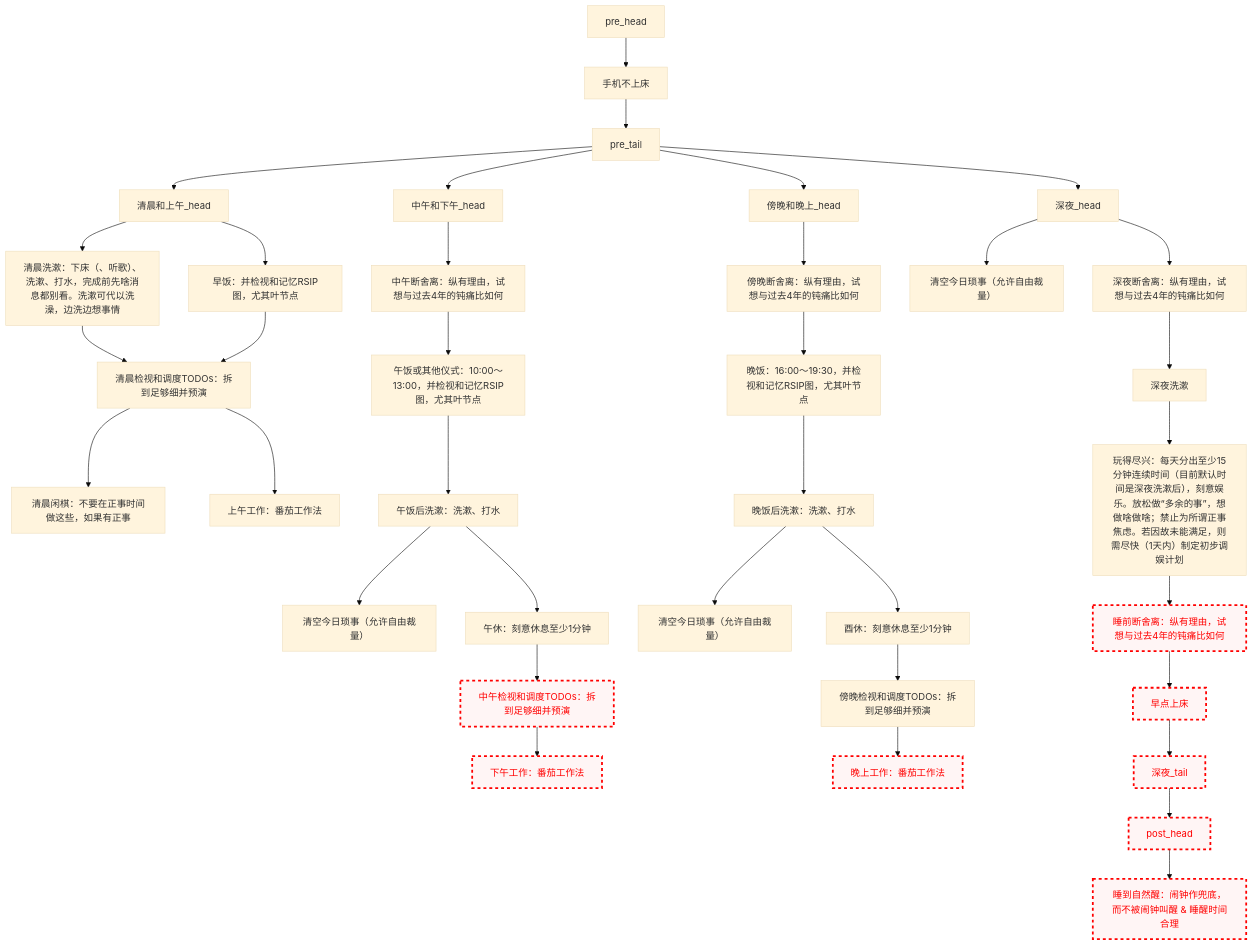
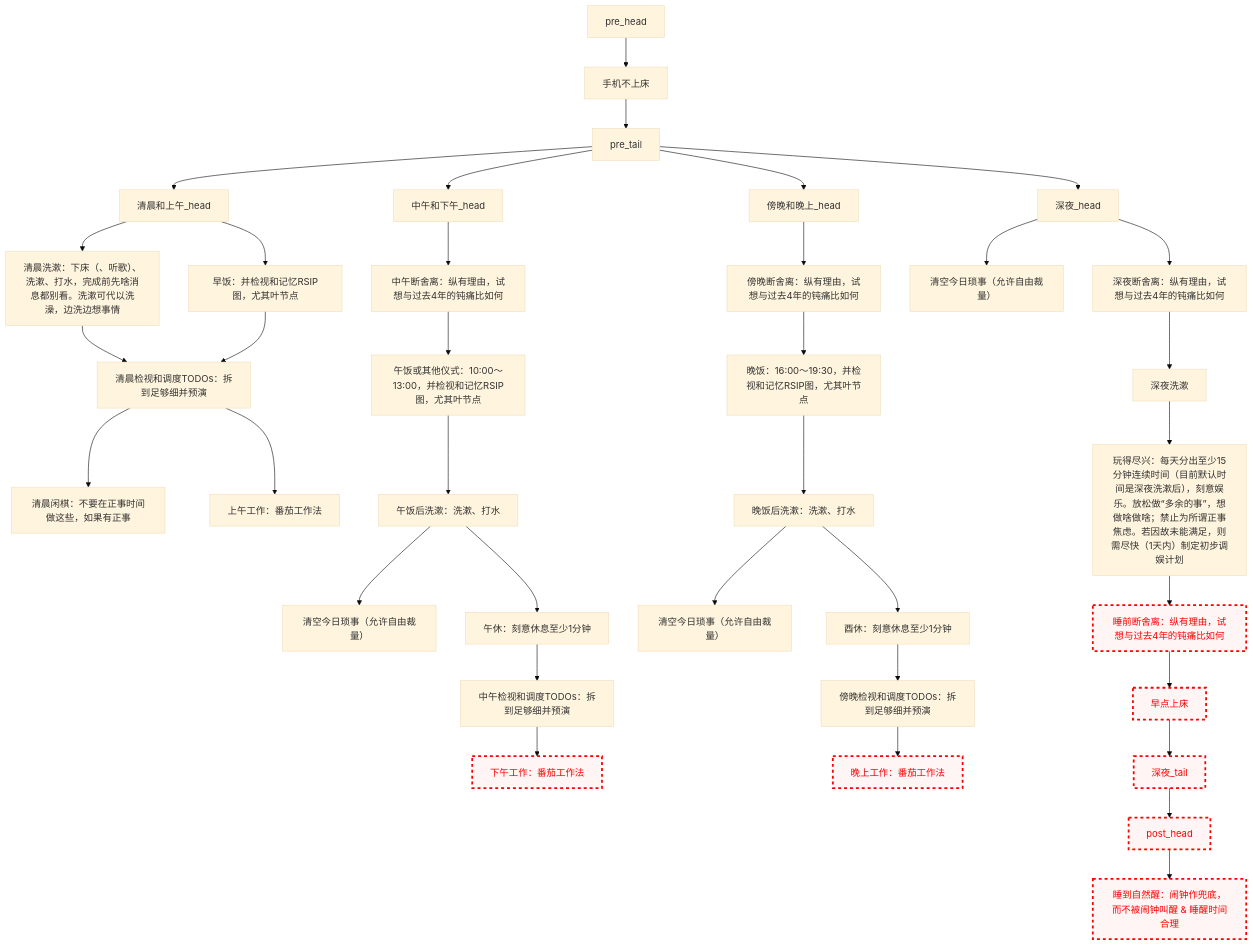
One commit to Ethkuil/RSIP-tree changed the diagram in README.md. Above: the diagram before and after it, drawn with Mermaid (base theme).

Commit message:
enable 中午看TODO

````diff
--- a/README.md
+++ b/README.md
@@ -21,56 +21,55 @@
 ```mermaid
 graph TD
 
 classDef failed stroke:#ff0000, stroke-width:3px, color:#ff0000, fill:#fff5f5, stroke-dasharray: 5
 
 pre_head --> 手机不上床
 手机不上床 --> pre_tail
 
 
 pre_tail --> 清晨和上午_head
 清晨和上午_head --> 清晨洗漱[清晨洗漱：下床（、听歌）、洗漱、打水，完成前先啥消息都别看。洗漱可代以洗澡，边洗边想事情]
 清晨和上午_head --> 早饭[早饭：并检视和记忆RSIP图，尤其叶节点]
 清晨洗漱 --> 清晨看TODO[清晨检视和调度TODOs：拆到足够细并预演]
 早饭 --> 清晨看TODO
 清晨看TODO --> 清晨闲棋[清晨闲棋：不要在正事时间做这些，如果有正事]
 清晨看TODO --> 上午工作[上午工作：番茄工作法]
 
 pre_tail --> 中午和下午_head
 中午和下午_head --> 中午断舍离[中午断舍离：纵有理由，试想与过去4年的钝痛比如何]
 中午断舍离 --> 午饭[午饭或其他仪式：10:00～13:00，并检视和记忆RSIP图，尤其叶节点]
 午饭 --> 午饭后洗漱[午饭后洗漱：洗漱、打水]
 午饭后洗漱 --> 中午今日琐事[清空今日琐事（允许自由裁量）]
 午饭后洗漱 --> 午休[午休：刻意休息至少1分钟]
 午休 --> 中午看TODO[中午检视和调度TODOs：拆到足够细并预演]
-class 中午看TODO failed
 中午看TODO --> 下午工作[下午工作：番茄工作法]
 class 下午工作 failed
 
 pre_tail --> 傍晚和晚上_head
 傍晚和晚上_head --> 傍晚断舍离[傍晚断舍离：纵有理由，试想与过去4年的钝痛比如何]
 傍晚断舍离 --> 晚饭[晚饭：16:00～19:30，并检视和记忆RSIP图，尤其叶节点]
 晚饭 --> 晚饭后洗漱[晚饭后洗漱：洗漱、打水]
 晚饭后洗漱 --> 傍晚今日琐事[清空今日琐事（允许自由裁量）]
 晚饭后洗漱 --> 酉休[酉休：刻意休息至少1分钟]
 酉休 --> 傍晚看TODO[傍晚检视和调度TODOs：拆到足够细并预演]
 傍晚看TODO --> 晚上工作[晚上工作：番茄工作法]
 class 晚上工作 failed
 
 pre_tail --> 深夜_head
 深夜_head --> 深夜今日琐事[清空今日琐事（允许自由裁量）]
 深夜_head --> 深夜断舍离[深夜断舍离：纵有理由，试想与过去4年的钝痛比如何]
 深夜断舍离 --> 深夜洗漱
 深夜洗漱 --> 玩得尽兴[玩得尽兴：每天分出至少15分钟连续时间（目前默认时间是深夜洗漱后），刻意娱乐。放松做“多余的事”，想做啥做啥；禁止为所谓正事焦虑。若因故未能满足，则需尽快（1天内）制定初步调娱计划]
 玩得尽兴 --> 睡前断舍离[睡前断舍离：纵有理由，试想与过去4年的钝痛比如何]
 class 睡前断舍离 failed
 睡前断舍离 --> 早点上床
 class 早点上床 failed
 早点上床 --> 深夜_tail
 class 深夜_tail failed
 
 
 深夜_tail --> post_head
 class post_head failed
 post_head --> 睡到自然醒[睡到自然醒：闹钟作兜底，而不被闹钟叫醒 & 睡醒时间合理]
 class 睡到自然醒 failed
 ```
````
